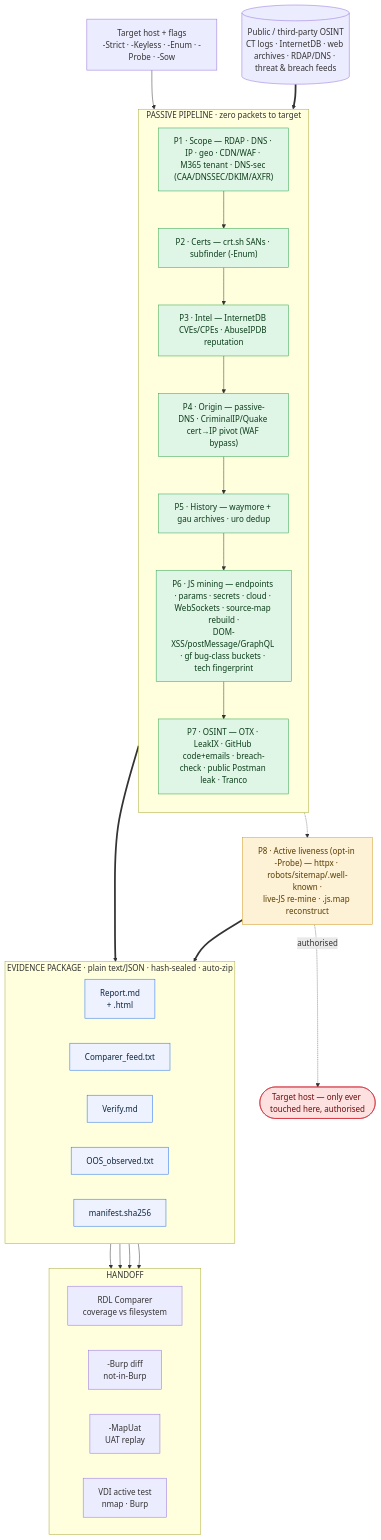
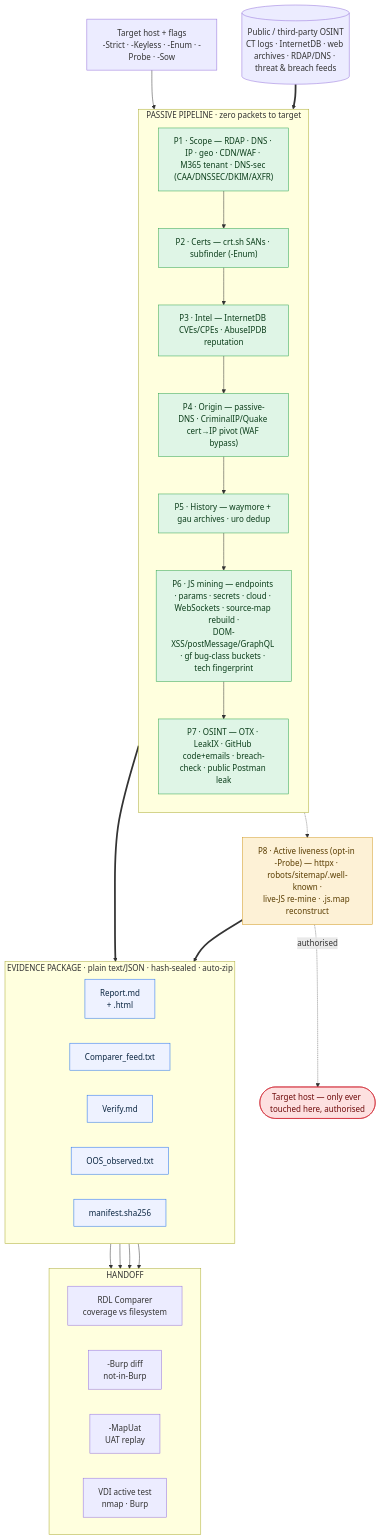
Before and after one commit to impramodsargar/AssetLens: the diagram in README.md, drawn with Mermaid. The commit also changed other lines of this file and 2 other files, not shown here.

Commit message:
Remove Tranco rank - no bearing on single-target VAPT
Domain-popularity rank never drove a testing decision, so it was noise in
both the collector and the report. Removed end to end:
- P7 collection: drop the tranco-list.eu fetch + 07_osint\tranco.json write
- Report.md: drop the $tranco read, the "Tranco" summary table column, and
  the OSINT "Tranco rank" line
- Report.html: drop the OSINT Tranco row (+ its trRank/trLabel gloss)
- Validate mode: drop Tranco from the provider live-check list
- Docs: README P7 diagram node + capability table, keys.example source list

AST clean; -Report rebuild verified - Report.html/Report.md both grep-clean
for "tranco", MD table header is now "| IP | Netblock / ASN | CDN / WAF |",
OSINT section keeps emails / GitHub / OTX / AbuseIPDB with links intact.

````diff
--- a/README.md
+++ b/README.md
@@ -37,54 +37,54 @@
 ```mermaid
 flowchart TB
     IN["Target host + flags<br/>-Strict · -Keyless · -Enum · -Probe · -Sow"]
     SRC[("Public / third-party OSINT<br/>CT logs · InternetDB · web archives · RDAP/DNS · threat &amp; breach feeds")]
 
     subgraph PASSIVE["PASSIVE PIPELINE  ·  zero packets to target"]
         direction TB
         P1["P1 · Scope — RDAP · DNS · IP · geo · CDN/WAF · M365 tenant · DNS-sec (CAA/DNSSEC/DKIM/AXFR)"]
         P2["P2 · Certs — crt.sh SANs · subfinder (-Enum)"]
         P3["P3 · Intel — InternetDB CVEs/CPEs · AbuseIPDB reputation"]
         P4["P4 · Origin — passive-DNS · CriminalIP/Quake cert→IP pivot (WAF bypass)"]
         P5["P5 · History — waymore + gau archives · uro dedup"]
         P6["P6 · JS mining — endpoints · params · secrets · cloud · WebSockets · source-map rebuild ·<br/>DOM-XSS/postMessage/GraphQL · gf bug-class buckets · tech fingerprint"]
-        P7["P7 · OSINT — OTX · LeakIX · GitHub code+emails · breach-check · public Postman leak · Tranco"]
+        P7["P7 · OSINT — OTX · LeakIX · GitHub code+emails · breach-check · public Postman leak"]
         P1 --> P2 --> P3 --> P4 --> P5 --> P6 --> P7
     end
 
     P8["P8 · Active liveness (opt-in -Probe) — httpx · robots/sitemap/.well-known ·<br/>live-JS re-mine · .js.map reconstruct"]
     TGT(["Target host — only ever touched here, authorised"])
 
     subgraph OUT["EVIDENCE PACKAGE  ·  plain text/JSON · hash-sealed · auto-zip"]
         direction LR
         R["Report.md<br/>+ .html"]
         F["Comparer_feed.txt"]
         V["Verify.md"]
         O["OOS_observed.txt"]
         M["manifest.sha256"]
     end
 
     subgraph HAND["HANDOFF"]
         direction LR
         RDL["RDL Comparer<br/>coverage vs filesystem"]
         BURP["-Burp diff<br/>not-in-Burp"]
         UAT["-MapUat<br/>UAT replay"]
         VDI["VDI active test<br/>nmap · Burp"]
     end
 
     IN --> PASSIVE
     SRC ==> PASSIVE
     PASSIVE ==> OUT
     PASSIVE -.-> P8
     P8 -. "authorised" .-> TGT
     P8 ==> OUT
     OUT --> RDL & BURP & UAT & VDI
 
     classDef pass fill:#dff5e6,stroke:#2ea44f,color:#0b3d1a;
     classDef act fill:#fdf1d6,stroke:#d29922,color:#5a3d00;
     classDef tgt fill:#fde0e0,stroke:#cf222e,color:#6e0b0b;
     classDef out fill:#eef2ff,stroke:#1f6feb,color:#0a2540;
     class P1,P2,P3,P4,P5,P6,P7 pass;
     class P8 act;
     class TGT tgt;
     class R,F,V,O,M out;
 ```
````
